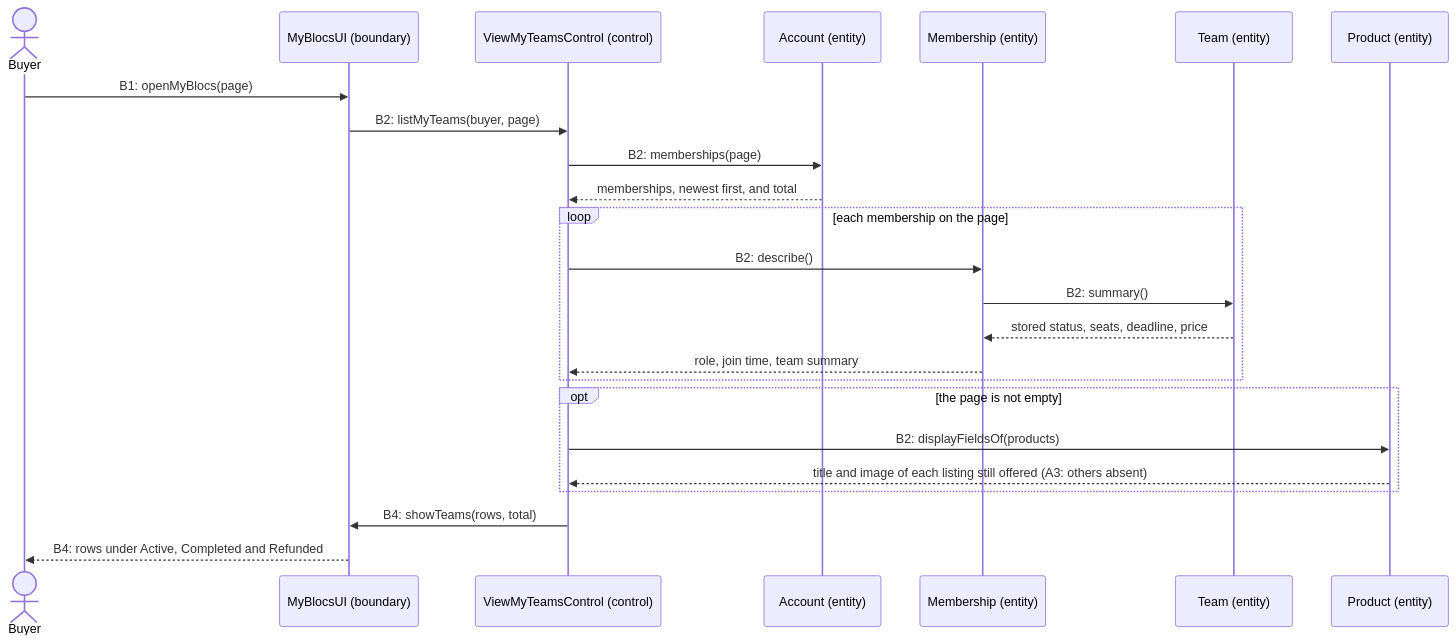
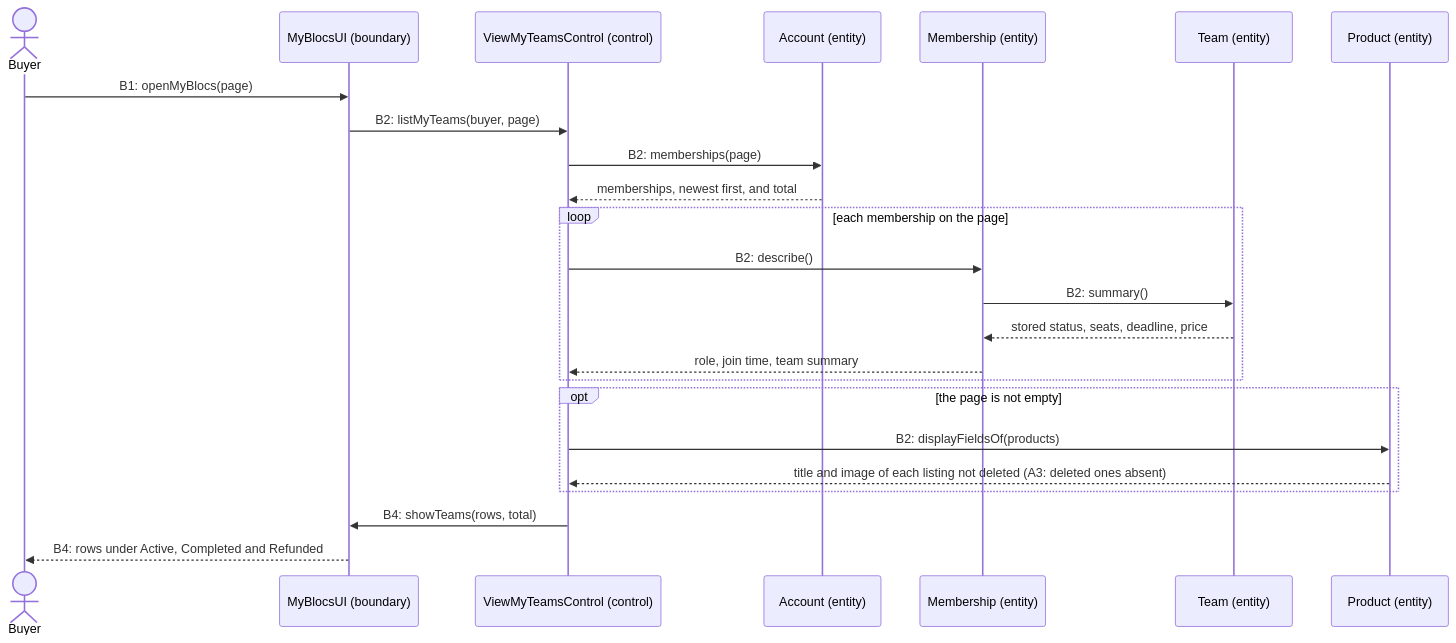
The diagram in docs/swe5001/report/diagrams/uml/src/a-uc08-as-teams.mmd (PPsyrius/iss-groupbuy-team8), drawn with Mermaid before and after one commit. The commit also changed 69 other files, not shown here.

```diff
--- a/docs/swe5001/report/diagrams/uml/src/a-uc08-as-teams.mmd
+++ b/docs/swe5001/report/diagrams/uml/src/a-uc08-as-teams.mmd
@@ -1,26 +1,26 @@
 %% frame: UC8 view my teams, B1–B4 (analysis)
 sequenceDiagram
     actor Buyer
     participant UI as MyBlocsUI (boundary)
     participant Ctl as ViewMyTeamsControl (control)
     participant Acc as Account (entity)
     participant M as Membership (entity)
     participant T as Team (entity)
     participant P as Product (entity)
 
     Buyer->>UI: B1: openMyBlocs(page)
     UI->>Ctl: B2: listMyTeams(buyer, page)
     Ctl->>Acc: B2: memberships(page)
     Acc-->>Ctl: memberships, newest first, and total
     loop each membership on the page
         Ctl->>M: B2: describe()
         M->>T: B2: summary()
         T-->>M: stored status, seats, deadline, price
         M-->>Ctl: role, join time, team summary
     end
     opt the page is not empty
         Ctl->>P: B2: displayFieldsOf(products)
-        P-->>Ctl: title and image of each listing still offered (A3: others absent)
+        P-->>Ctl: title and image of each listing not deleted (A3: deleted ones absent)
     end
     Ctl->>UI: B4: showTeams(rows, total)
     UI-->>Buyer: B4: rows under Active, Completed and Refunded
```
